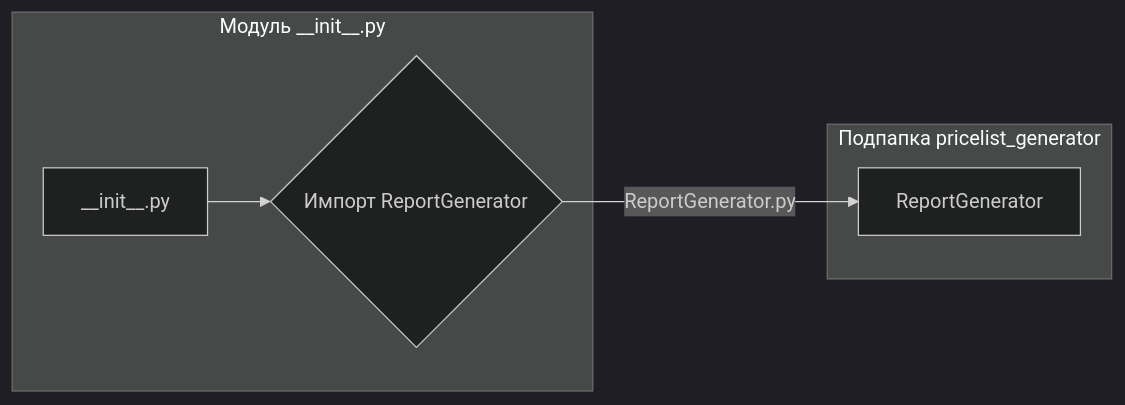
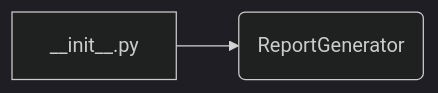
One commit to hypo69/hypo changed the second of 2 diagrams in docs/gemini/ru/explainer/src/endpoints/kazarinov/pricelist_generator/__init__.md. Above: the diagram before and after it, drawn with Mermaid (dark theme). The commit also changed other lines of this file and 468 other files, not shown here.

````diff
--- a/docs/gemini/ru/explainer/src/endpoints/kazarinov/pricelist_generator/__init__.md
+++ b/docs/gemini/ru/explainer/src/endpoints/kazarinov/pricelist_generator/__init__.md
@@ -36,11 +36,4 @@
 ```mermaid
 graph LR
-    subgraph Модуль __init__.py
-        A[__init__.py] --> B{Импорт ReportGenerator};
-    end
-    
-    subgraph Подпапка pricelist_generator
-        B -- ReportGenerator.py --> C[ReportGenerator]
-    end
-
+    A[__init__.py] --> B(ReportGenerator);
 ```
````
